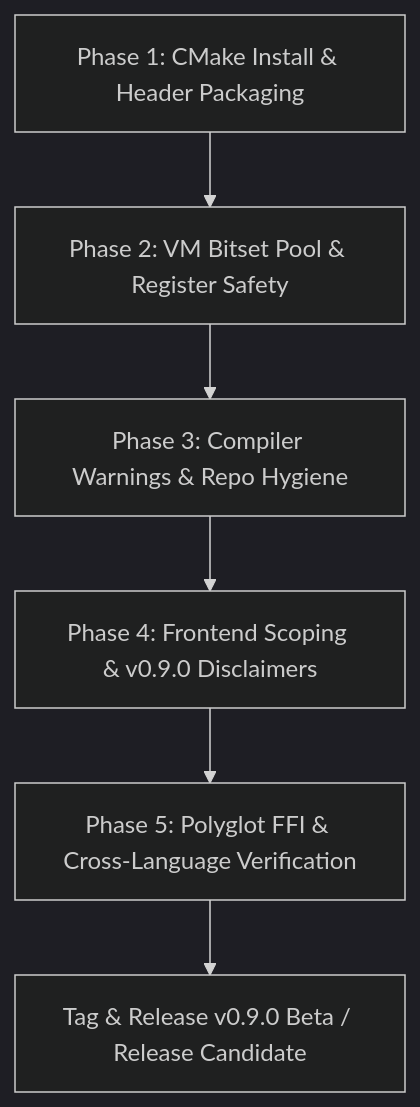
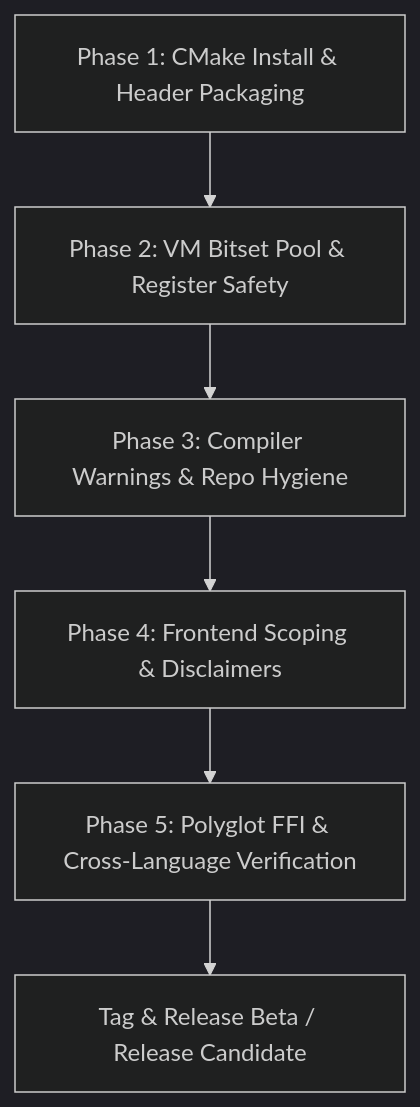
The diagram in docs/design-notes/cleanup-for-v0.9.0.md (impulse-graph/impulse-website), drawn with Mermaid (dark theme) before and after one commit. The commit also changed other lines of this file and 67 other files, not shown here.

````diff
--- a/docs/design-notes/cleanup-for-v0.9.0.md
+++ b/docs/design-notes/cleanup-for-v0.9.0.md
@@ -86,8 +86,8 @@
 ```mermaid
 graph TD
     A[Phase 1: CMake Install & Header Packaging] --> B[Phase 2: VM Bitset Pool & Register Safety]
     B --> C[Phase 3: Compiler Warnings & Repo Hygiene]
-    C --> D[Phase 4: Frontend Scoping & v0.9.0 Disclaimers]
+    C --> D[Phase 4: Frontend Scoping & Disclaimers]
     D --> E[Phase 5: Polyglot FFI & Cross-Language Verification]
-    E --> F[Tag & Release v0.9.0 Beta / Release Candidate]
+    E --> F[Tag & Release Beta / Release Candidate]
 ```
````
